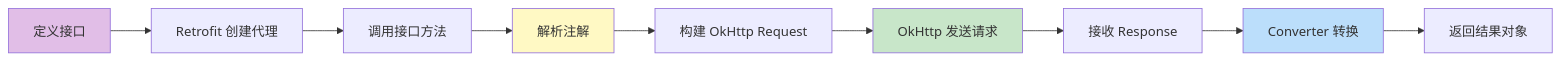
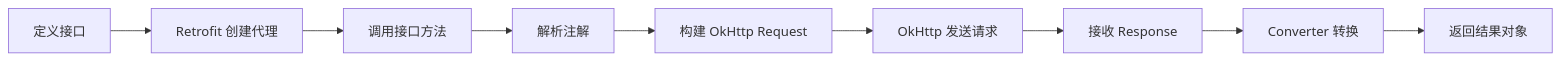
Before and after one commit to jiaxiangdong0309/StudyDocument: the diagram in Android/13_Retrofit/1-基础篇.md, drawn with Mermaid. The commit also changed other lines of this file and 67 other files, not shown here.

````diff
--- a/Android/13_Retrofit/1-基础篇.md
+++ b/Android/13_Retrofit/1-基础篇.md
@@ -93,16 +93,12 @@
 ```mermaid
 graph LR
     A[定义接口] --> B[Retrofit 创建代理]
     B --> C[调用接口方法]
     C --> D[解析注解]
     D --> E[构建 OkHttp Request]
     E --> F[OkHttp 发送请求]
     F --> G[接收 Response]
     G --> H[Converter 转换]
     H --> I[返回结果对象]
-    
-    style A fill:#e1bee7
-    style D fill:#fff9c4
-    style F fill:#c8e6c9
-    style H fill:#bbdefb
+
 ```
````
